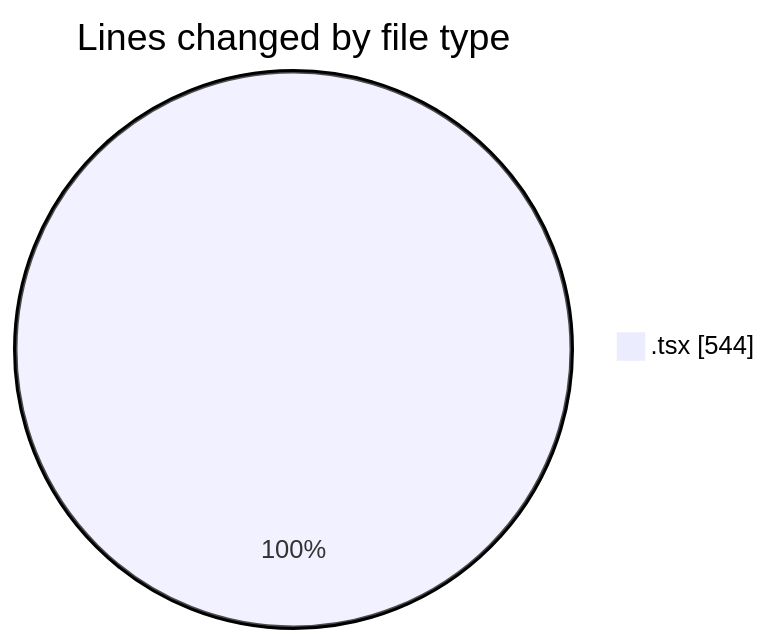
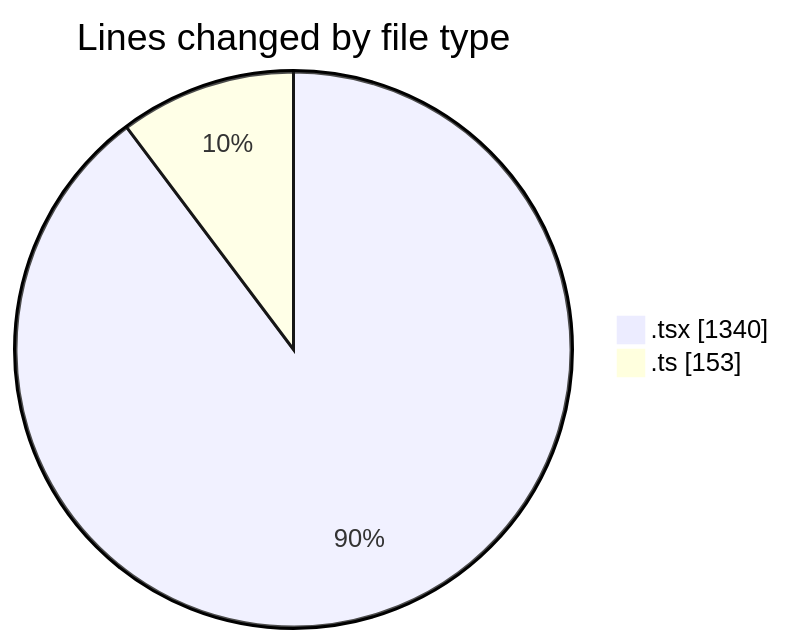
One commit to nxtqubesakshisongat/code-tracking changed the first of 2 diagrams in 2026-03-27/nxtqube_webapp/README.md. Above: the diagram before and after it, drawn with Mermaid. The commit also changed other lines of this file and 1 other file, not shown here.

````diff
--- a/2026-03-27/nxtqube_webapp/README.md
+++ b/2026-03-27/nxtqube_webapp/README.md
@@ -20,5 +22,6 @@
 ```mermaid
 pie showData
 title Lines changed by file type
-".tsx" : 544
+".tsx" : 1340
+".ts" : 153
 ```
````
